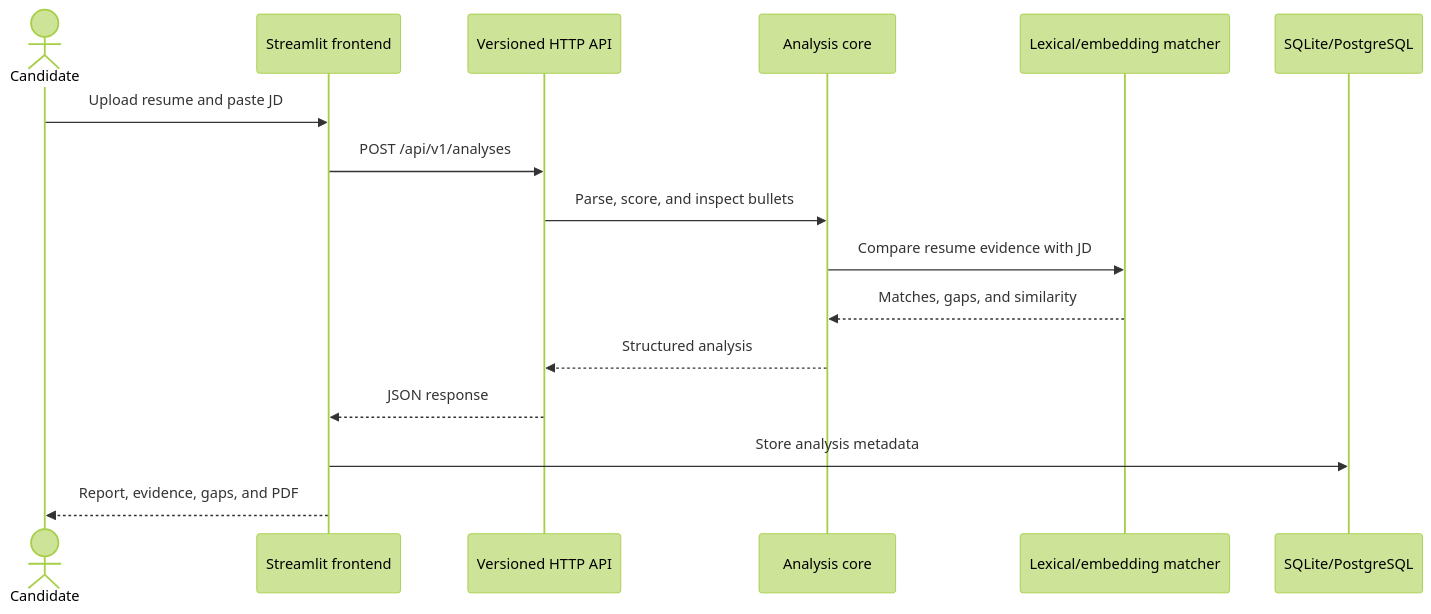
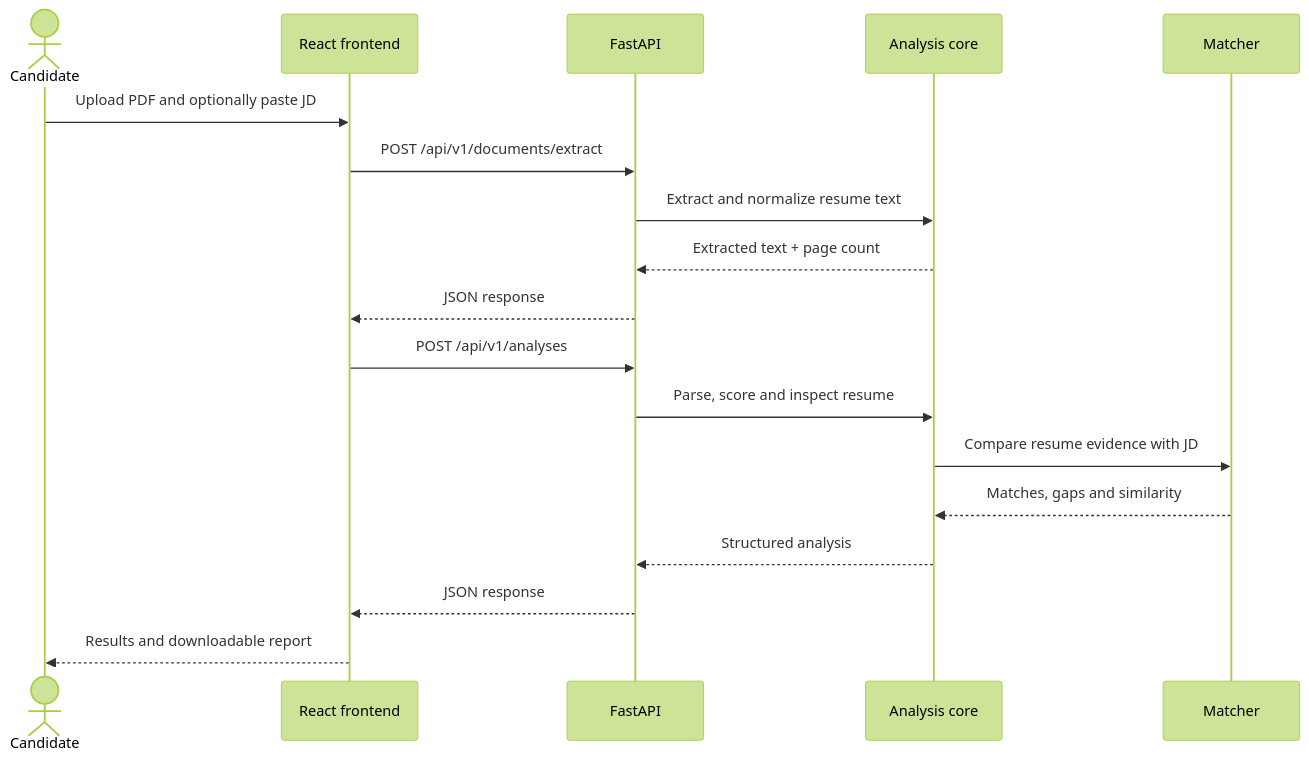
The second of 2 diagrams in README.md (rammohanrediee/AI-Resume-Analyzer), drawn with Mermaid (forest theme) before and after one commit. The commit also changed other lines of this file, not shown here.

Commit message:
docs: update README for React frontend structure

````diff
--- a/README.md
+++ b/README.md
@@ -121,19 +137,22 @@
 ```mermaid
 sequenceDiagram
     actor Candidate
-    participant UI as Streamlit frontend
-    participant API as Versioned HTTP API
+    participant UI as React frontend
+    participant API as FastAPI
     participant Core as Analysis core
-    participant Match as Lexical/embedding matcher
-    participant DB as SQLite/PostgreSQL
+    participant Match as Matcher
 
-    Candidate->>UI: Upload resume and paste JD
+    Candidate->>UI: Upload PDF and optionally paste JD
+    UI->>API: POST /api/v1/documents/extract
+    API->>Core: Extract and normalize resume text
+    Core-->>API: Extracted text + page count
+    API-->>UI: JSON response
+
     UI->>API: POST /api/v1/analyses
-    API->>Core: Parse, score, and inspect bullets
+    API->>Core: Parse, score and inspect resume
     Core->>Match: Compare resume evidence with JD
-    Match-->>Core: Matches, gaps, and similarity
+    Match-->>Core: Matches, gaps and similarity
     Core-->>API: Structured analysis
     API-->>UI: JSON response
-    UI->>DB: Store analysis metadata
-    UI-->>Candidate: Report, evidence, gaps, and PDF
+    UI-->>Candidate: Results and downloadable report
 ```
````
